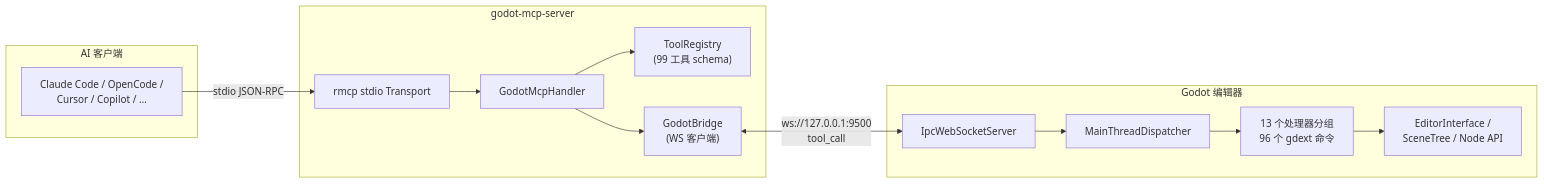
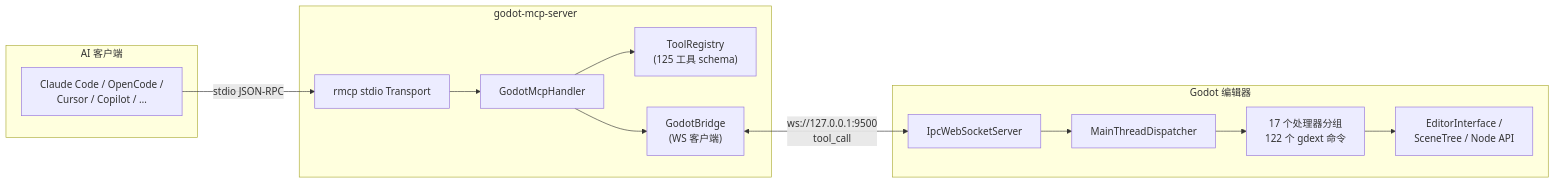
One commit to jesspig/GodotMCP-GDExtension changed the diagram in README-zh.md. Above: the diagram before and after it, drawn with Mermaid. The commit also changed other lines of this file and 2 other files, not shown here.

````diff
--- a/README-zh.md
+++ b/README-zh.md
@@ -13,29 +13,29 @@
 ```mermaid
 graph LR
     subgraph AI["AI 客户端"]
         Client["Claude Code / OpenCode /<br/>Cursor / Copilot / …"]
     end
 
     subgraph ServerProc["godot-mcp-server"]
         Stdio["rmcp stdio Transport"]
         Handler["GodotMcpHandler"]
-        Registry["ToolRegistry<br/>(99 工具 schema)"]
+        Registry["ToolRegistry<br/>(125 工具 schema)"]
         Bridge["GodotBridge<br/>(WS 客户端)"]
     end
 
     subgraph GodotProc["Godot 编辑器"]
         WS["IpcWebSocketServer"]
         Dispatcher["MainThreadDispatcher"]
-        Commands["13 个处理器分组<br/>96 个 gdext 命令"]
+        Commands["17 个处理器分组<br/>122 个 gdext 命令"]
         Editor["EditorInterface /<br/>SceneTree / Node API"]
     end
 
     Client -->|stdio JSON-RPC| Stdio
     Stdio --> Handler
     Handler --> Registry
     Handler --> Bridge
     Bridge <-->|ws://127.0.0.1:9500<br/>tool_call| WS
     WS --> Dispatcher
     Dispatcher --> Commands
     Commands --> Editor
 ```
````
